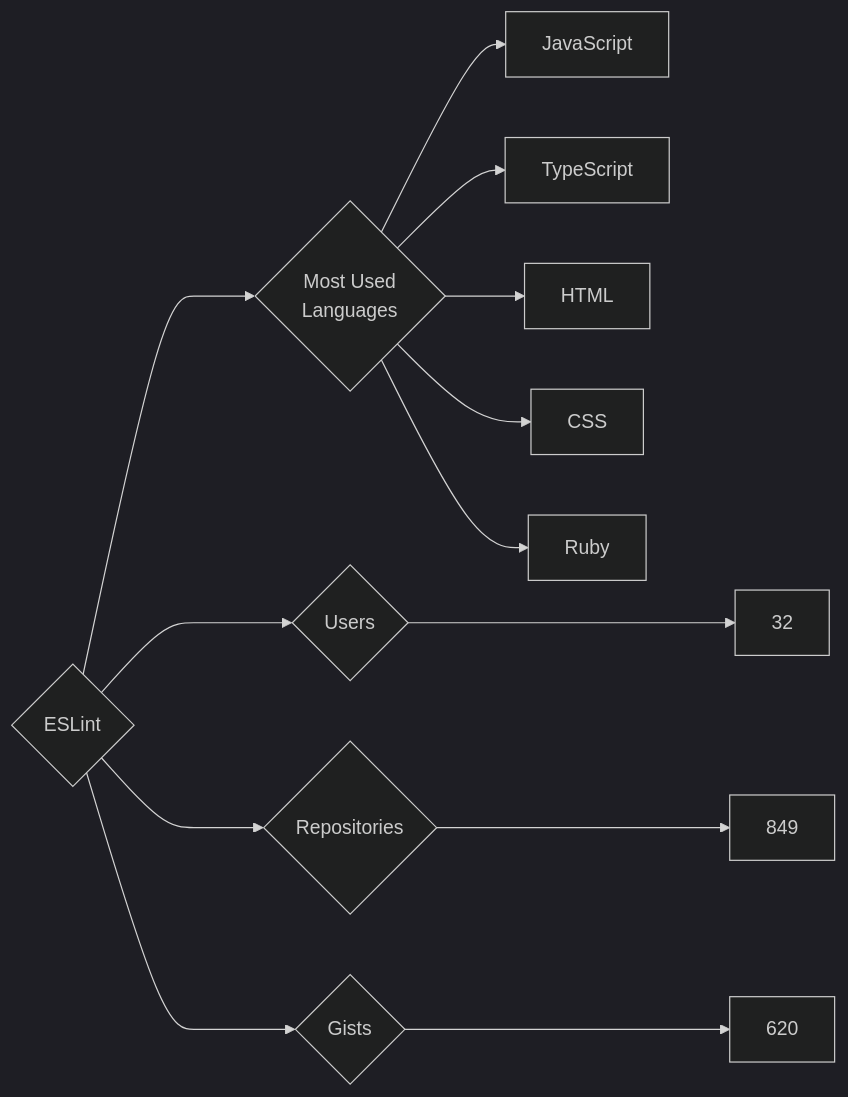
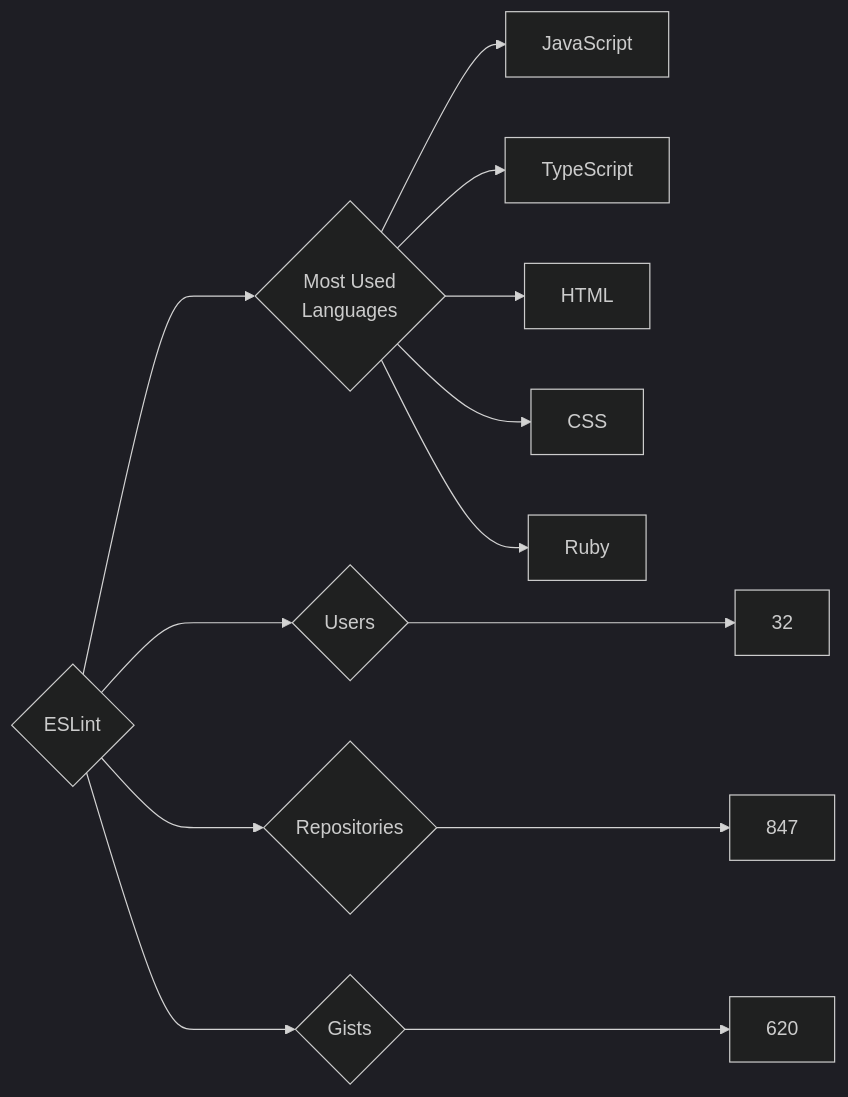
The diagram in targets/ESLint/README.md (trickest/insiders), drawn with Mermaid (dark theme) before and after one commit. The commit also changed 837 other files, not shown here.

````diff
--- a/targets/ESLint/README.md
+++ b/targets/ESLint/README.md
@@ -3,13 +3,13 @@
 ```mermaid
 graph LR
 COMPANY_NAME{ESLint}
 COMPANY_NAME ---> U{Users} ---> UN[32]
-COMPANY_NAME ---> R{Repositories} ---> RN[849]
+COMPANY_NAME ---> R{Repositories} ---> RN[847]
 COMPANY_NAME ---> G{Gists} ---> GN[620]
 COMPANY_NAME ---> ML{Most Used<br>Languages}
 ML --> JavaScript[JavaScript]
 ML --> TypeScript[TypeScript]
 ML --> HTML[HTML]
 ML --> CSS[CSS]
 ML --> Ruby[Ruby]
 ```
````
